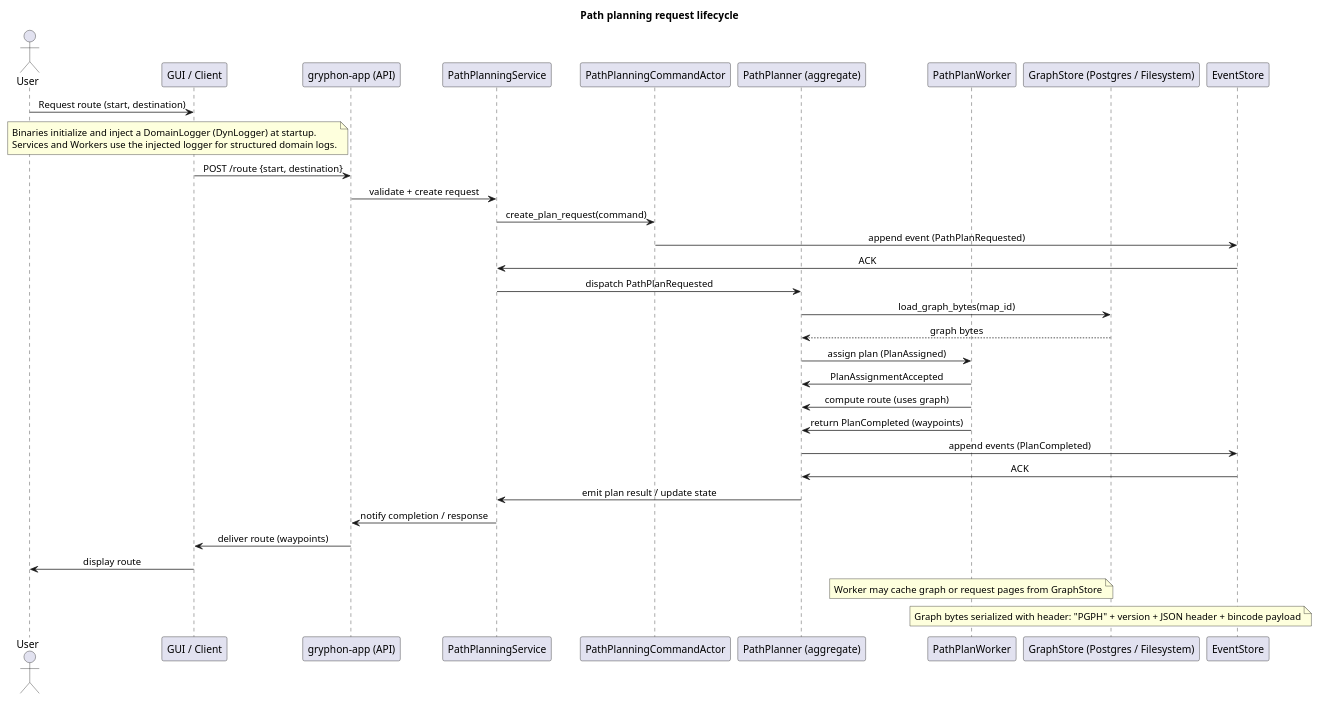
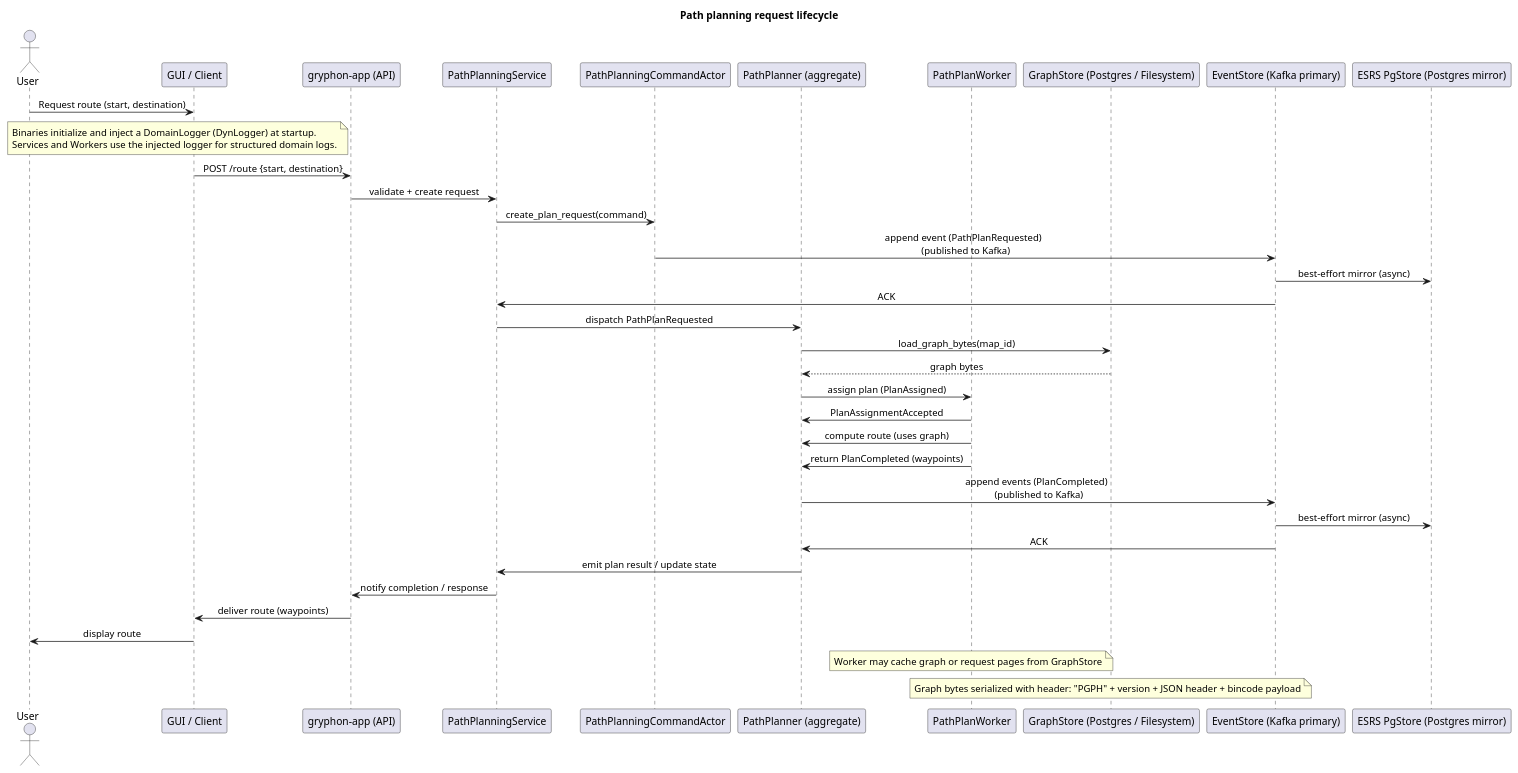
Before and after one commit to eikeschumann971/gryphon-app: the diagram in docs/diagrams/path_planning_sequence.puml, drawn with PlantUML. The commit also changed 12 other files, not shown here.

Commit message:
docs: update README and diagrams to reflect ESRS PgStore integration and operational details

```diff
--- a/docs/diagrams/path_planning_sequence.puml
+++ b/docs/diagrams/path_planning_sequence.puml
@@ -1,41 +1,44 @@
 @startuml
 title Path planning request lifecycle
 skinparam sequenceMessageAlign center
 actor User
 participant GUI as "GUI / Client"
 participant API as "gryphon-app (API)"
 participant Service as "PathPlanningService"
 participant CommandActor as "PathPlanningCommandActor"
 participant Planner as "PathPlanner (aggregate)"
 participant Worker as "PathPlanWorker"
 participant GraphStore as "GraphStore (Postgres / Filesystem)"
-participant EventStore as "EventStore"
+participant EventStore as "EventStore (Kafka primary)"
+participant EsrsStore as "ESRS PgStore (Postgres mirror)"
 
 User -> GUI: Request route (start, destination)
 note left of API
 	Binaries initialize and inject a DomainLogger (DynLogger) at startup.
 	Services and Workers use the injected logger for structured domain logs.
 end note
 GUI -> API: POST /route {start, destination}
 API -> Service: validate + create request
 Service -> CommandActor: create_plan_request(command)
-CommandActor -> EventStore: append event (PathPlanRequested)
+CommandActor -> EventStore: append event (PathPlanRequested)  \n(published to Kafka)
+EventStore -> EsrsStore: best-effort mirror (async)
 EventStore -> Service: ACK
 Service -> Planner: dispatch PathPlanRequested
 Planner -> GraphStore: load_graph_bytes(map_id)
 GraphStore --> Planner: graph bytes
 Planner -> Worker: assign plan (PlanAssigned)
 Worker -> Planner: PlanAssignmentAccepted
 Worker -> Planner: compute route (uses graph)
 Worker -> Planner: return PlanCompleted (waypoints)
-Planner -> EventStore: append events (PlanCompleted)
+Planner -> EventStore: append events (PlanCompleted)  \n(published to Kafka)
+EventStore -> EsrsStore: best-effort mirror (async)
 EventStore -> Planner: ACK
 Planner -> Service: emit plan result / update state
 Service -> API: notify completion / response
 API -> GUI: deliver route (waypoints)
 GUI -> User: display route
 
 note over Worker: Worker may cache graph or request pages from GraphStore
 note over GraphStore: Graph bytes serialized with header: "PGPH" + version + JSON header + bincode payload
 
 @enduml
```
